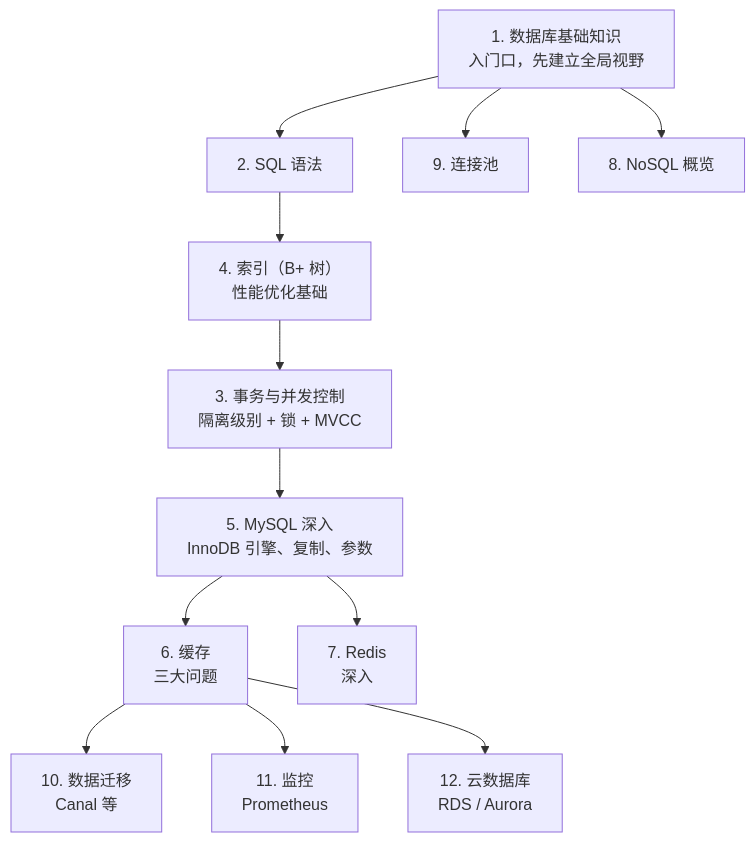
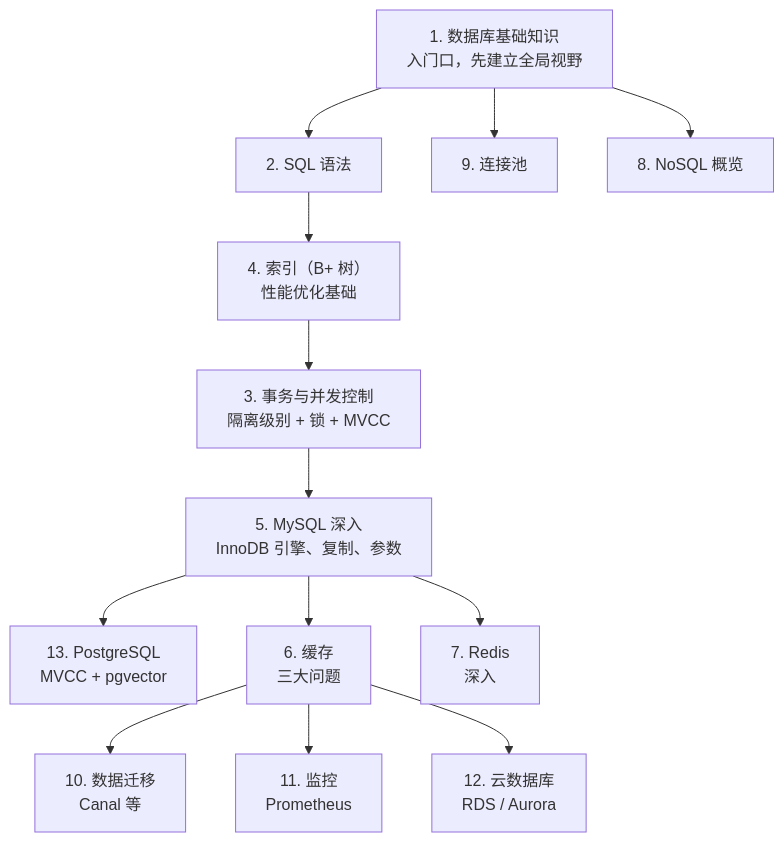
The diagram in 03.data-stack/01-database/README.md (wb04307201/note), drawn with Mermaid before and after one commit. The commit also changed other lines of this file and 76 other files, not shown here.

````diff
--- a/03.data-stack/01-database/README.md
+++ b/03.data-stack/01-database/README.md
@@ -84,14 +84,15 @@
 ```mermaid
 flowchart TD
     A["1. 数据库基础知识<br/>入门口，先建立全局视野"] --> B["2. SQL 语法"]
     A --> C["9. 连接池"]
     A --> D["8. NoSQL 概览"]
     B --> E["4. 索引（B+ 树）<br/>性能优化基础"]
     E --> F["3. 事务与并发控制<br/>隔离级别 + 锁 + MVCC"]
     F --> G["5. MySQL 深入<br/>InnoDB 引擎、复制、参数"]
+    G --> M["13. PostgreSQL<br/>MVCC + pgvector"]
     G --> H["6. 缓存<br/>三大问题"]
     G --> I["7. Redis<br/>深入"]
     H --> J["10. 数据迁移<br/>Canal 等"]
     H --> K["11. 监控<br/>Prometheus"]
     H --> L["12. 云数据库<br/>RDS / Aurora"]
 ```
````
